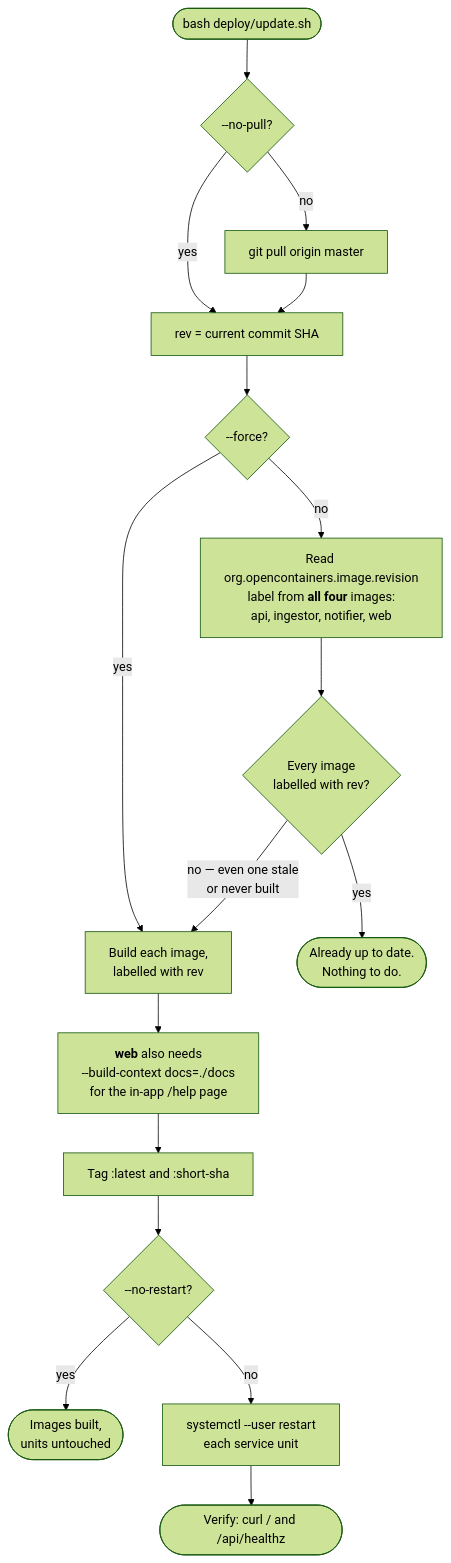
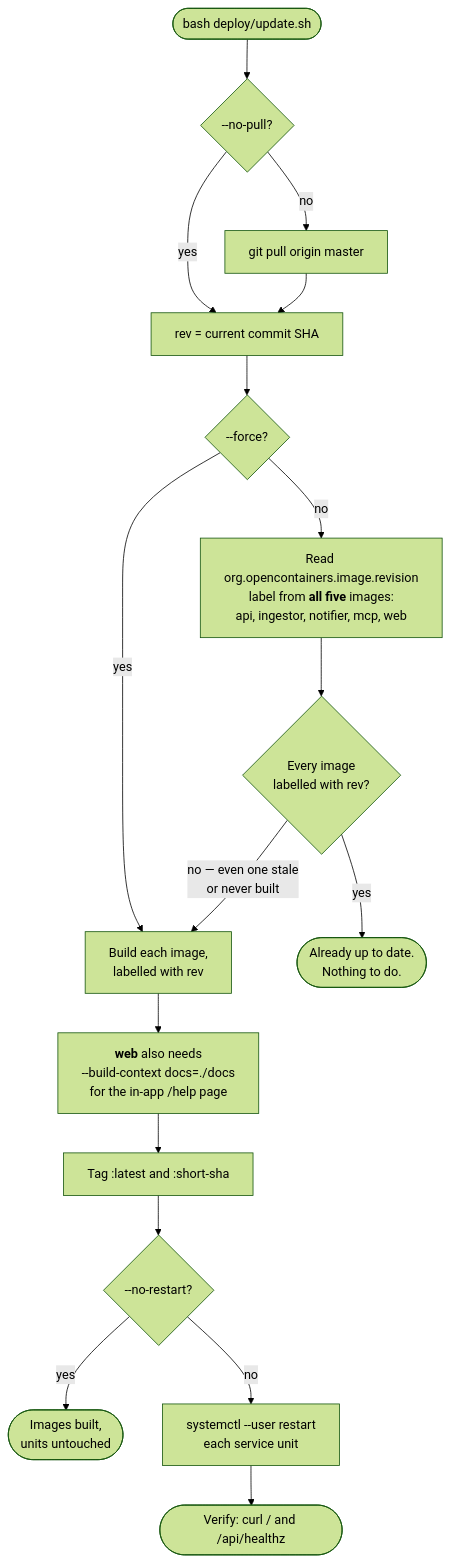
One commit to n00tz/fcculs-explorer changed diagram 13 of 16 in docs/architecture.md. Above: the diagram before and after it, drawn with Mermaid (forest theme). The commit also changed other lines of this file and 4 other files, not shown here.

````diff
--- a/docs/architecture.md
+++ b/docs/architecture.md
@@ -652,22 +760,22 @@
 ```mermaid
 flowchart TD
     start(["bash deploy/update.sh"]) --> pull{"--no-pull?"}
     pull -->|"no"| git["git pull origin master"]
     pull -->|"yes"| rev
     git --> rev["rev = current commit SHA"]
 
     rev --> force{"--force?"}
     force -->|"yes"| build
-    force -->|"no"| check["Read org.opencontainers.image.revision<br/>label from <b>all four</b> images:<br/>api, ingestor, notifier, web"]
+    force -->|"no"| check["Read org.opencontainers.image.revision<br/>label from <b>all five</b> images:<br/>api, ingestor, notifier, mcp, web"]
 
     check --> allmatch{"Every image<br/>labelled with rev?"}
     allmatch -->|"yes"| skip(["Already up to date.<br/>Nothing to do."])
     allmatch -->|"no — even one stale<br/>or never built"| build
 
     build["Build each image,<br/>labelled with rev"] --> webnote["<b>web</b> also needs<br/>--build-context docs=./docs<br/>for the in-app /help page"]
     webnote --> tag["Tag :latest and :short-sha"]
     tag --> restart{"--no-restart?"}
     restart -->|"yes"| doneb(["Images built,<br/>units untouched"])
     restart -->|"no"| units["systemctl --user restart<br/>each service unit"]
     units --> verify(["Verify: curl / and /api/healthz"])
 ```
````
